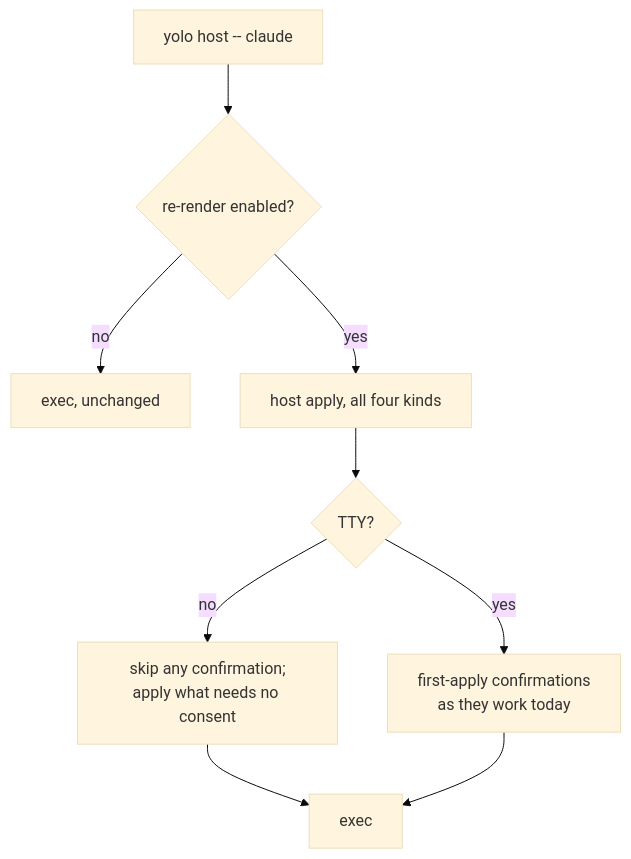
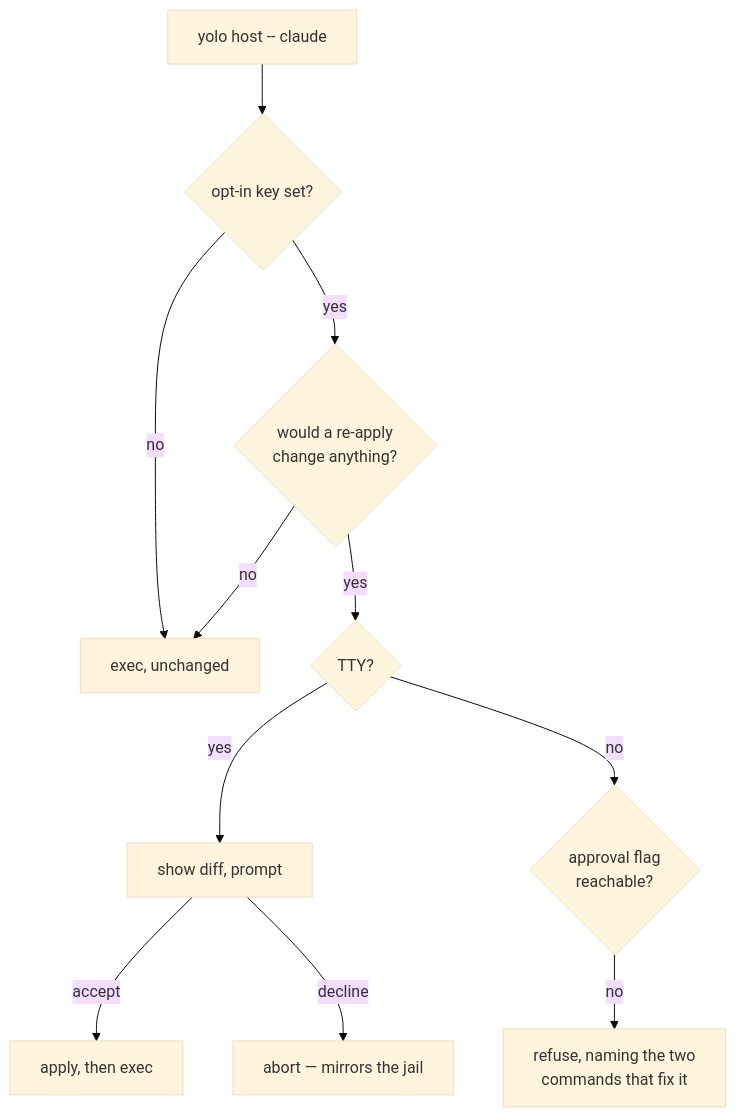
One commit to mschulkind-oss/yolo-jail changed the diagram in docs/design/host-apply-staleness.md. Above: the diagram before and after it, drawn with Mermaid (base theme). The commit also changed other lines of this file and 1 other file, not shown here.

First line of the commit message:
docs(design): the launch gates like a jail launch — retract standing consent, and the flag can't reach a wrapper

````diff
--- a/docs/design/host-apply-staleness.md
+++ b/docs/design/host-apply-staleness.md
@@ -186,11 +245,13 @@
 ```mermaid
 flowchart TD
-    A["yolo host -- claude"] --> B{re-render enabled?}
+    A["yolo host -- claude"] --> B{opt-in key set?}
     B -->|no| X[exec, unchanged]
-    B -->|yes| C[host apply, all four kinds]
-    C --> D{TTY?}
-    D -->|no| E[skip any confirmation;<br/>apply what needs no consent]
-    D -->|yes| F[first-apply confirmations<br/>as they work today]
-    E --> X2[exec]
-    F --> X2
+    B -->|yes| C{would a re-apply<br/>change anything?}
+    C -->|no| X
+    C -->|yes| D{TTY?}
+    D -->|yes| E[show diff, prompt]
+    D -->|no| F{approval flag<br/>reachable?}
+    E -->|accept| G[apply, then exec]
+    E -->|decline| H[abort — mirrors the jail]
+    F -->|no| I["refuse, naming the two<br/>commands that fix it"]
 ```
````
